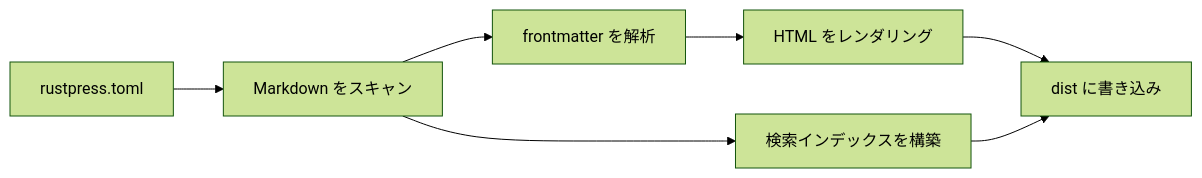
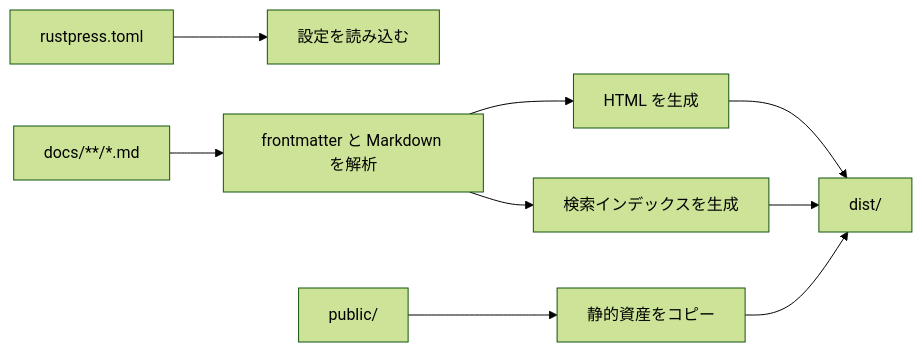
One commit to ZenithInc/rust-press changed the diagram in docs/ja/index.md. Above: the diagram before and after it, drawn with Mermaid (forest theme). The commit also changed other lines of this file and 42 other files, not shown here.

````diff
--- a/docs/ja/index.md
+++ b/docs/ja/index.md
@@ -23,9 +29,11 @@
 ```mermaid
 flowchart LR
-    A[rustpress.toml] --> B[Markdown をスキャン]
-    B --> C[frontmatter を解析]
-    C --> D[HTML をレンダリング]
-    D --> E[dist に書き込み]
-    B --> F[検索インデックスを構築]
-    F --> E
+    Config[rustpress.toml] --> Load[設定を読み込む]
+    Docs[docs/**/*.md] --> Parse[frontmatter と Markdown を解析]
+    Parse --> Render[HTML を生成]
+    Parse --> Search[検索インデックスを生成]
+    Public[public/] --> Copy[静的資産をコピー]
+    Render --> Dist[dist/]
+    Search --> Dist
+    Copy --> Dist
 ```
````
